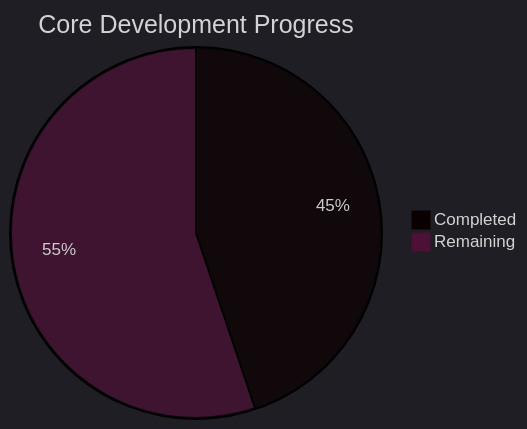
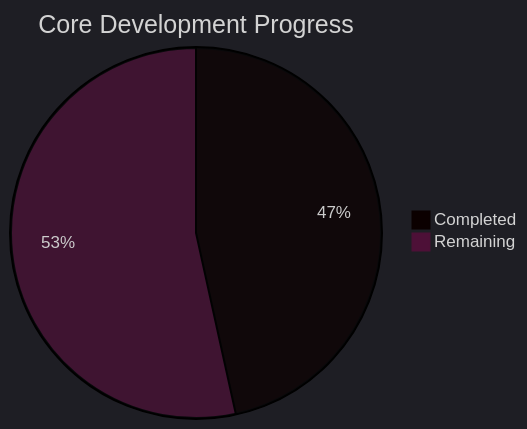
The first of 5 diagrams in tools/SK8Lytz_Bucket_List.md (Neogleamz/SK8Lytz), drawn with Mermaid before and after one commit. The commit also changed other lines of this file and 2 other files, not shown here.

````diff
--- a/tools/SK8Lytz_Bucket_List.md
+++ b/tools/SK8Lytz_Bucket_List.md
@@ -9,6 +9,6 @@
 ```mermaid
 %%{init: {'theme': 'dark'}}%%
 pie title Core Development Progress
-  "Completed" : 26
-  "Remaining" : 32
+  "Completed" : 27
+  "Remaining" : 31
 ```
````
